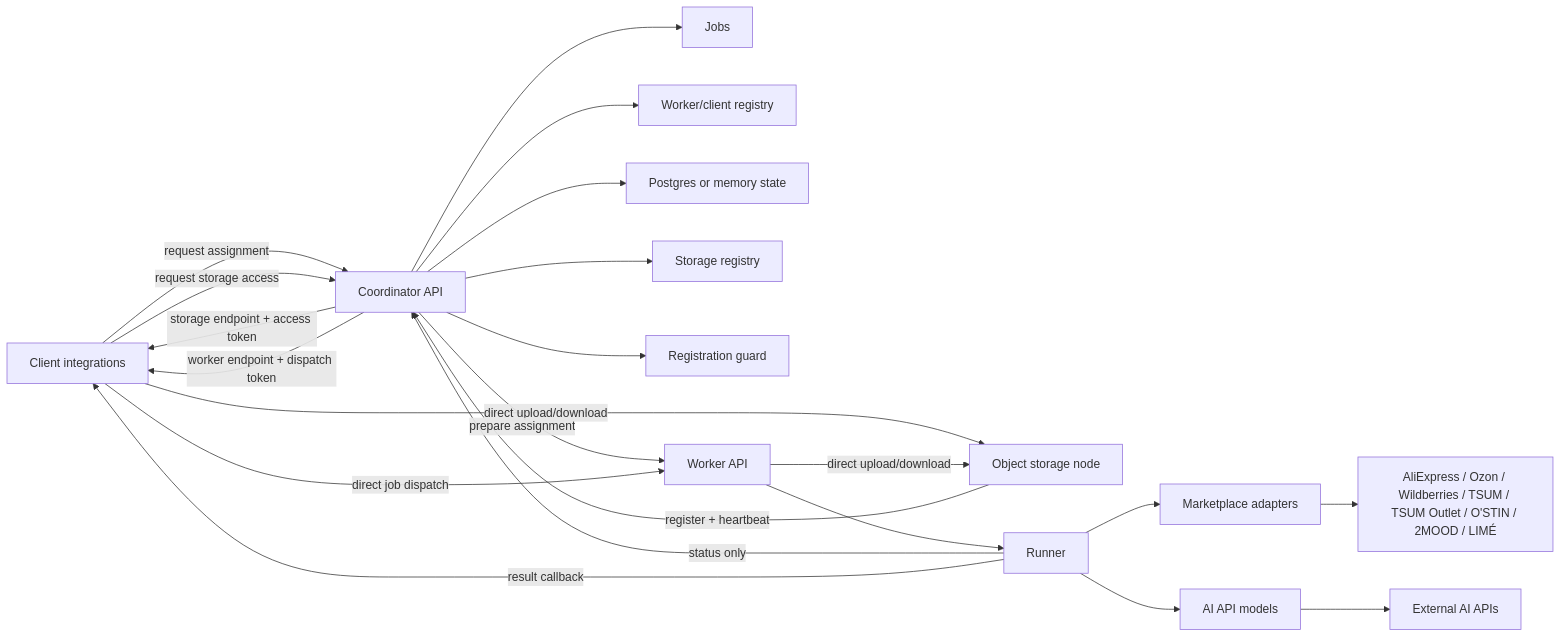
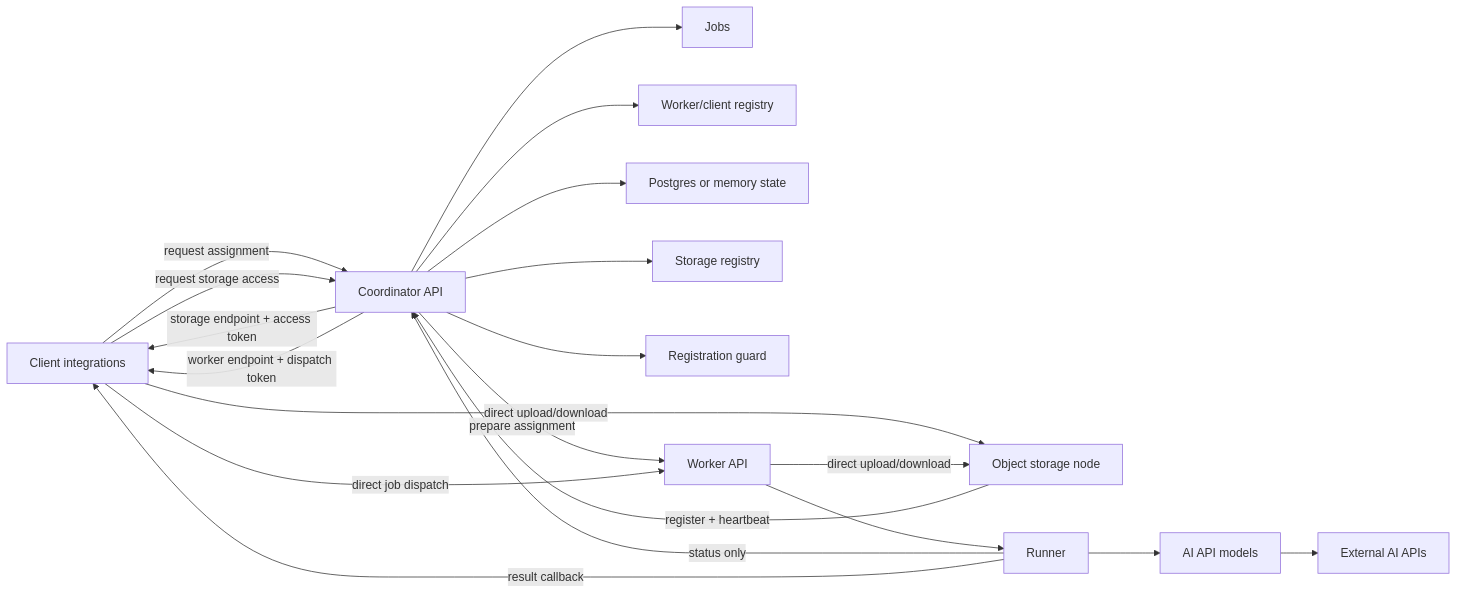
Before and after one commit to dmitriishobolov/TryOnService: the diagram in README.md, drawn with Mermaid. The commit also changed other lines of this file and 37 other files, not shown here.

````diff
--- a/README.md
+++ b/README.md
@@ -26,24 +26,22 @@
 ```mermaid
 flowchart LR
     Client["Client integrations"] -->|"request assignment"| CoordinatorAPI["Coordinator API"]
     CoordinatorAPI --> Jobs["Jobs"]
     CoordinatorAPI --> Registry["Worker/client registry"]
     CoordinatorAPI --> DB["Postgres or memory state"]
     CoordinatorAPI --> StorageRegistry["Storage registry"]
     CoordinatorAPI --> Security["Registration guard"]
     StorageNode["Object storage node"] -->|"register + heartbeat"| CoordinatorAPI
     Client -->|"request storage access"| CoordinatorAPI
     CoordinatorAPI -->|"storage endpoint + access token"| Client
     Client -->|"direct upload/download"| StorageNode
     WorkerAPI -->|"direct upload/download"| StorageNode
     CoordinatorAPI -->|"prepare assignment"| WorkerAPI
     CoordinatorAPI -->|"worker endpoint + dispatch token"| Client
     Client -->|"direct job dispatch"| WorkerAPI["Worker API"]
     WorkerAPI --> Runner["Runner"]
-    Runner --> Market["Marketplace adapters"]
-    Market --> Marketplaces["AliExpress / Ozon / Wildberries / TSUM / TSUM Outlet / O'STIN / 2MOOD / LIMÉ"]
     Runner --> Models["AI API models"]
     Models --> AI["External AI APIs"]
     Runner -->|"status only"| CoordinatorAPI
     Runner -->|"result callback"| Client
 ```
````
